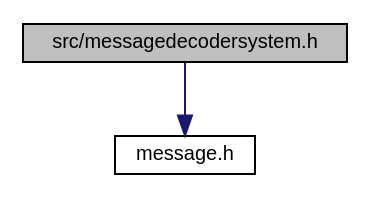
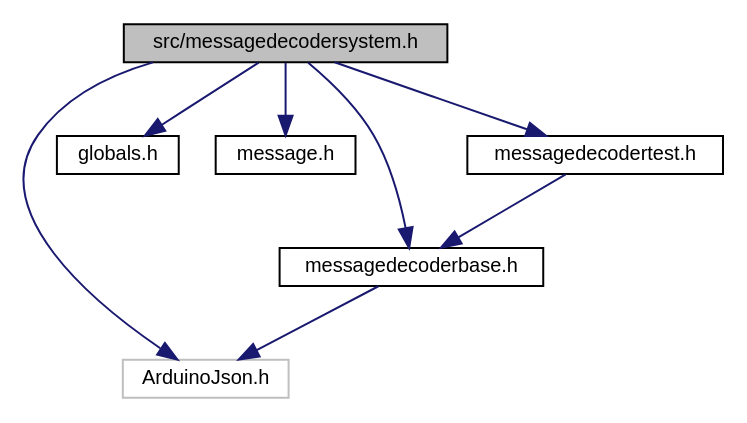
The diagram in messagedecodersystem_8h__incl.dot (fvolcic/fvolcic.github.io), drawn with Graphviz before and after one commit. The commit also changed 130 other files, not shown here.

```diff
--- a/messagedecodersystem_8h__incl.dot
+++ b/messagedecodersystem_8h__incl.dot
@@ -1,9 +1,19 @@
 digraph "src/messagedecodersystem.h"
 {
  // LATEX_PDF_SIZE
   edge [fontname="Helvetica",fontsize="10",labelfontname="Helvetica",labelfontsize="10"];
   node [fontname="Helvetica",fontsize="10",shape=record];
   Node1 [label="src/messagedecodersystem.h",height=0.2,width=0.4,color="black", fillcolor="grey75", style="filled", fontcolor="black",tooltip="This file outlines the functions that are available for message decoding."];
   Node1 -> Node2 [color="midnightblue",fontsize="10",style="solid",fontname="Helvetica"];
-  Node2 [label="message.h",height=0.2,width=0.4,color="black", fillcolor="white", style="filled",URL="$src_2message_8h_source.html",tooltip=" "];
+  Node2 [label="ArduinoJson.h",height=0.2,width=0.4,color="grey75", fillcolor="white", style="filled",tooltip=" "];
+  Node1 -> Node3 [color="midnightblue",fontsize="10",style="solid",fontname="Helvetica"];
+  Node3 [label="globals.h",height=0.2,width=0.4,color="black", fillcolor="white", style="filled",URL="$src_2globals_8h_source.html",tooltip=" "];
+  Node1 -> Node4 [color="midnightblue",fontsize="10",style="solid",fontname="Helvetica"];
+  Node4 [label="message.h",height=0.2,width=0.4,color="black", fillcolor="white", style="filled",URL="$src_2message_8h_source.html",tooltip=" "];
+  Node1 -> Node5 [color="midnightblue",fontsize="10",style="solid",fontname="Helvetica"];
+  Node5 [label="messagedecoderbase.h",height=0.2,width=0.4,color="black", fillcolor="white", style="filled",URL="$messagedecoderbase_8h.html",tooltip="This file contains information regaurding the base class message parser."];
+  Node5 -> Node2 [color="midnightblue",fontsize="10",style="solid",fontname="Helvetica"];
+  Node1 -> Node6 [color="midnightblue",fontsize="10",style="solid",fontname="Helvetica"];
+  Node6 [label="messagedecodertest.h",height=0.2,width=0.4,color="black", fillcolor="white", style="filled",URL="$messagedecodertest_8h_source.html",tooltip=" "];
+  Node6 -> Node5 [color="midnightblue",fontsize="10",style="solid",fontname="Helvetica"];
 }
```
